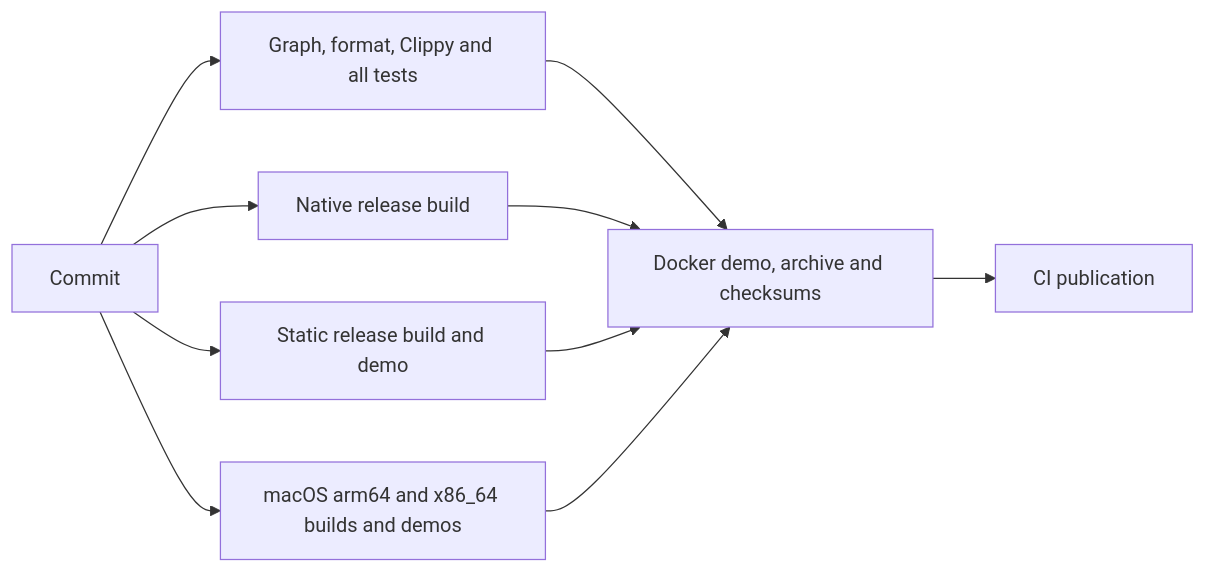
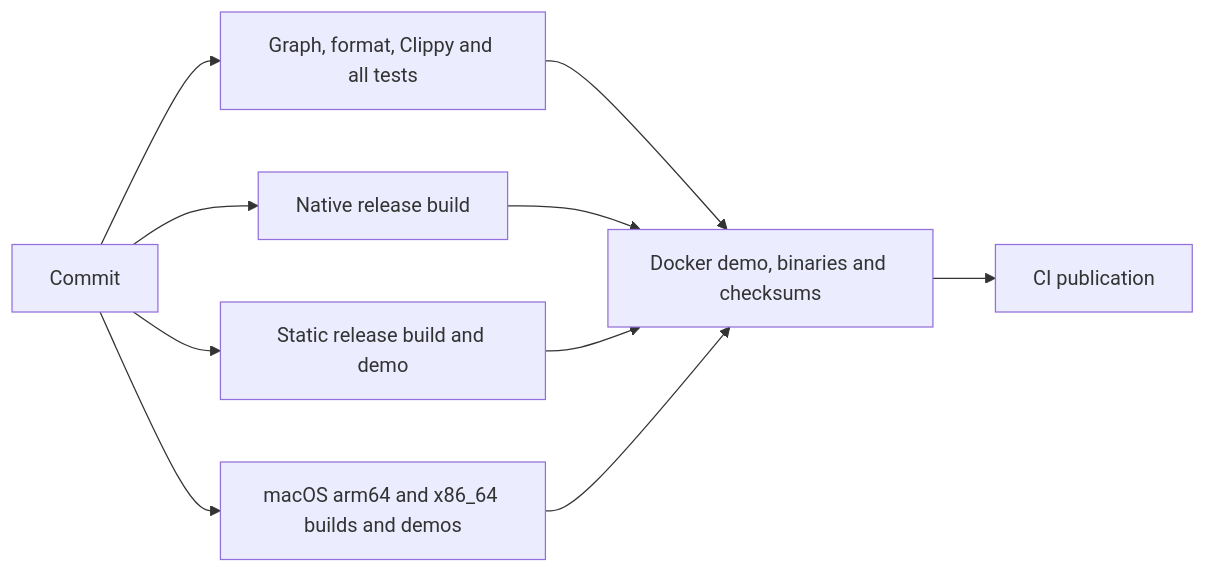
The diagram in docs/ci.md (alecerf/mynou), drawn with Mermaid before and after one commit. The commit also changed other lines of this file and 19 other files, not shown here.

````diff
--- a/docs/ci.md
+++ b/docs/ci.md
@@ -10,12 +10,12 @@
 ```mermaid
 flowchart LR
     Commit --> Validate[Graph, format, Clippy and all tests]
     Commit --> Native[Native release build]
     Commit --> Static[Static release build and demo]
     Commit --> Mac[macOS arm64 and x86_64 builds and demos]
-    Validate --> Package[Docker demo, archive and checksums]
+    Validate --> Package[Docker demo, binaries and checksums]
     Native --> Package
     Static --> Package
     Mac --> Package
     Package --> Release[CI publication]
 ```
````
